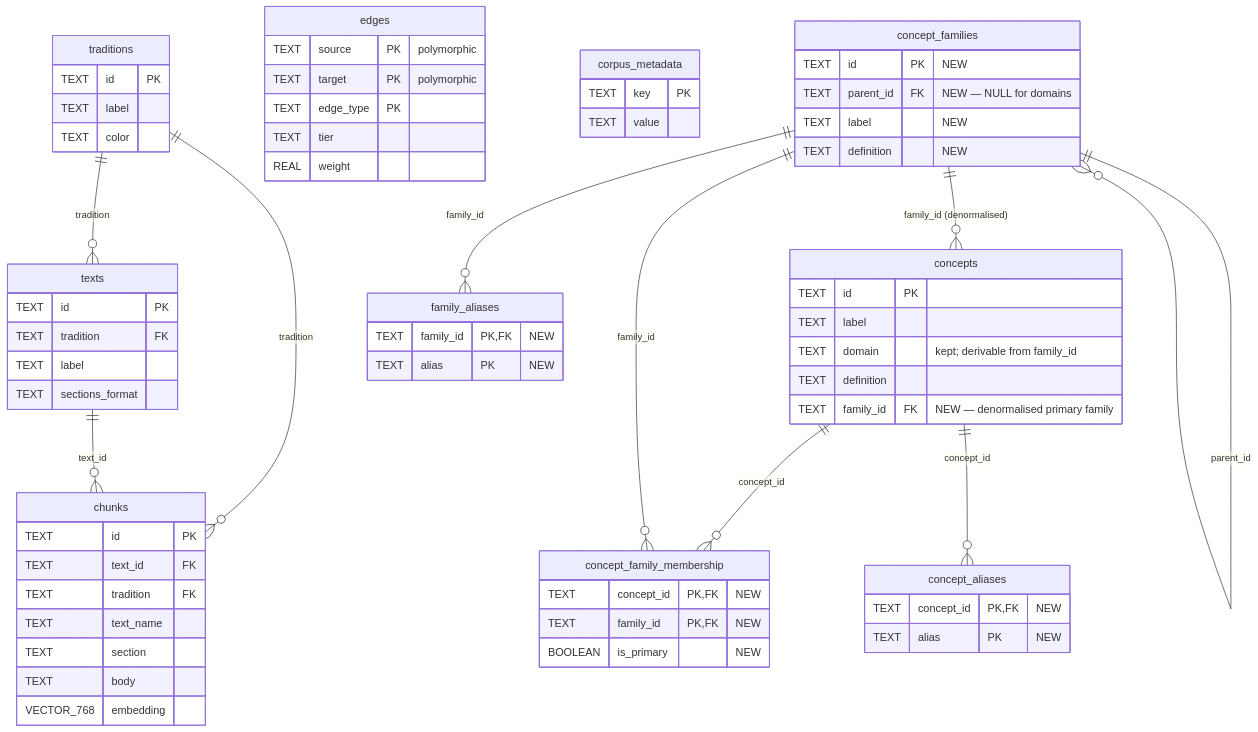
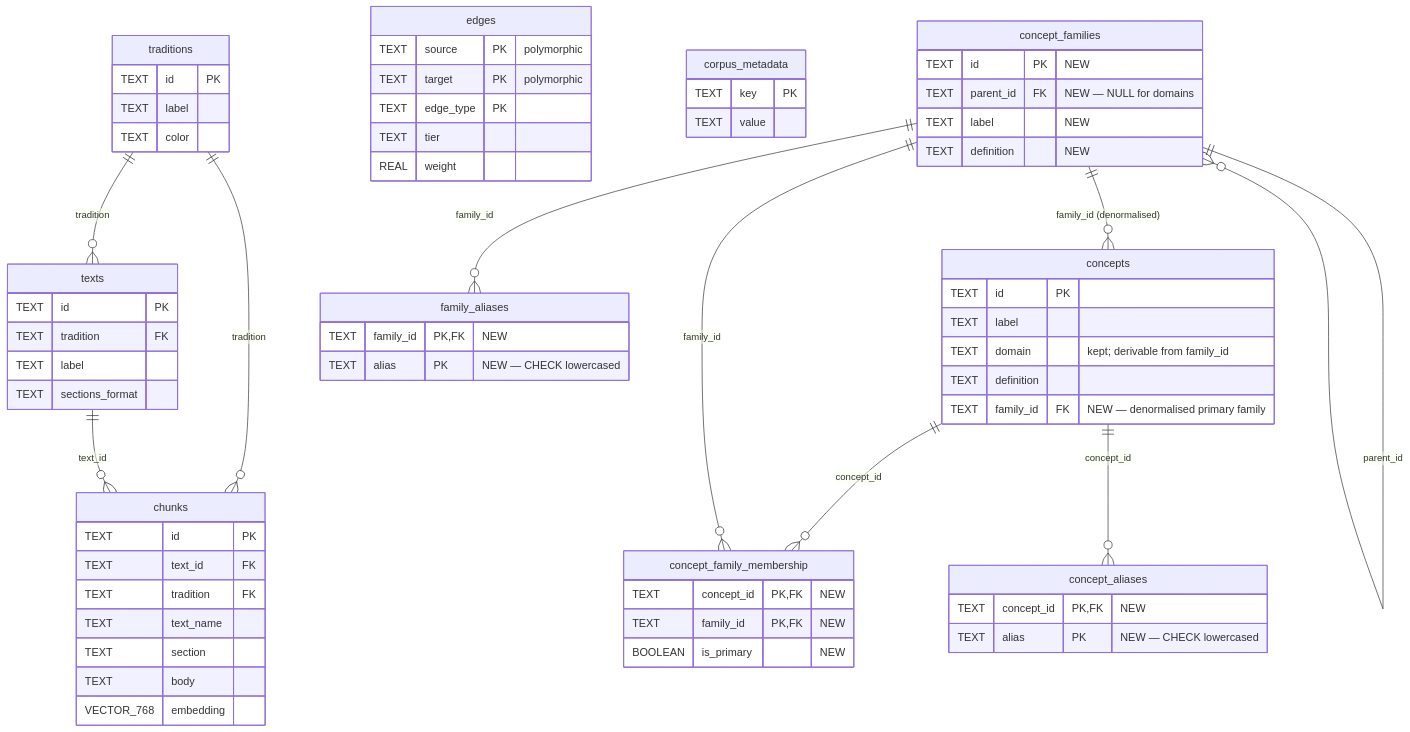
The fourth of 4 diagrams in docs/concept-hierarchy/schema-diagrams.md (4-R-C-4-N-4/guru), drawn with Mermaid before and after one commit. The commit also changed other lines of this file and 5 other files, not shown here.

````diff
--- a/docs/concept-hierarchy/schema-diagrams.md
+++ b/docs/concept-hierarchy/schema-diagrams.md
@@ -247,79 +247,79 @@
 ```mermaid
 erDiagram
     traditions {
         TEXT id PK
         TEXT label
         TEXT color
     }
 
     texts {
         TEXT id PK
         TEXT tradition FK
         TEXT label
         TEXT sections_format
     }
 
     concepts {
         TEXT id PK
         TEXT label
         TEXT domain "kept; derivable from family_id"
         TEXT definition
         TEXT family_id FK "NEW — denormalised primary family"
     }
 
     chunks {
         TEXT id PK
         TEXT text_id FK
         TEXT tradition FK
         TEXT text_name
         TEXT section
         TEXT body
         VECTOR_768 embedding
     }
 
     edges {
         TEXT source PK "polymorphic"
         TEXT target PK "polymorphic"
         TEXT edge_type PK
         TEXT tier
         REAL weight
     }
 
     corpus_metadata {
         TEXT key PK
         TEXT value
     }
 
     concept_families {
         TEXT id PK "NEW"
         TEXT parent_id FK "NEW — NULL for domains"
         TEXT label "NEW"
         TEXT definition "NEW"
     }
 
     concept_family_membership {
         TEXT concept_id PK, FK "NEW"
         TEXT family_id PK, FK "NEW"
         BOOLEAN is_primary "NEW"
     }
 
     concept_aliases {
         TEXT concept_id PK, FK "NEW"
-        TEXT alias PK "NEW"
+        TEXT alias PK "NEW — CHECK lowercased"
     }
 
     family_aliases {
         TEXT family_id PK, FK "NEW"
-        TEXT alias PK "NEW"
+        TEXT alias PK "NEW — CHECK lowercased"
     }
 
     traditions ||--o{ texts : "tradition"
     traditions ||--o{ chunks : "tradition"
     texts ||--o{ chunks : "text_id"
     concept_families ||--o{ concept_families : "parent_id"
     concept_families ||--o{ concepts : "family_id (denormalised)"
     concepts ||--o{ concept_family_membership : "concept_id"
     concept_families ||--o{ concept_family_membership : "family_id"
     concepts ||--o{ concept_aliases : "concept_id"
     concept_families ||--o{ family_aliases : "family_id"
 ```
````
